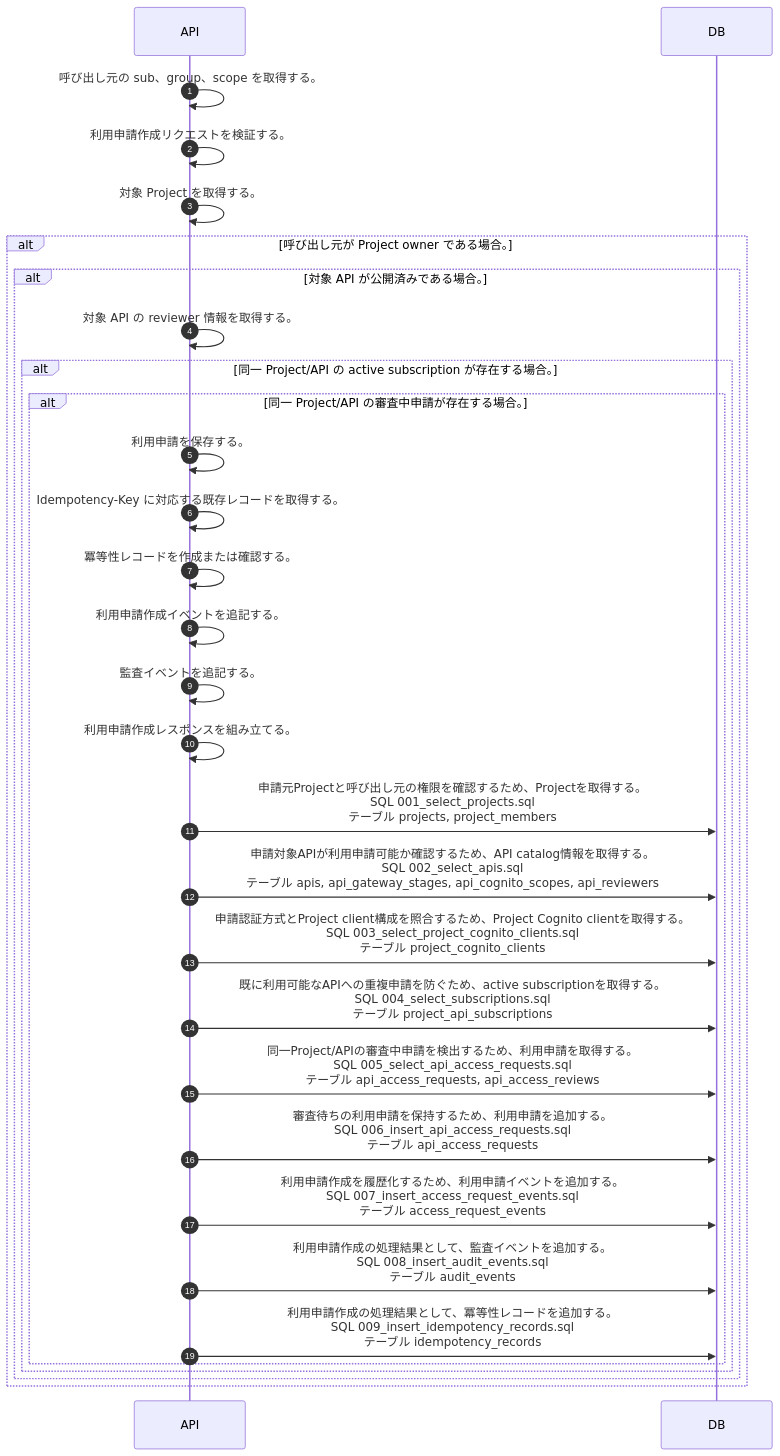
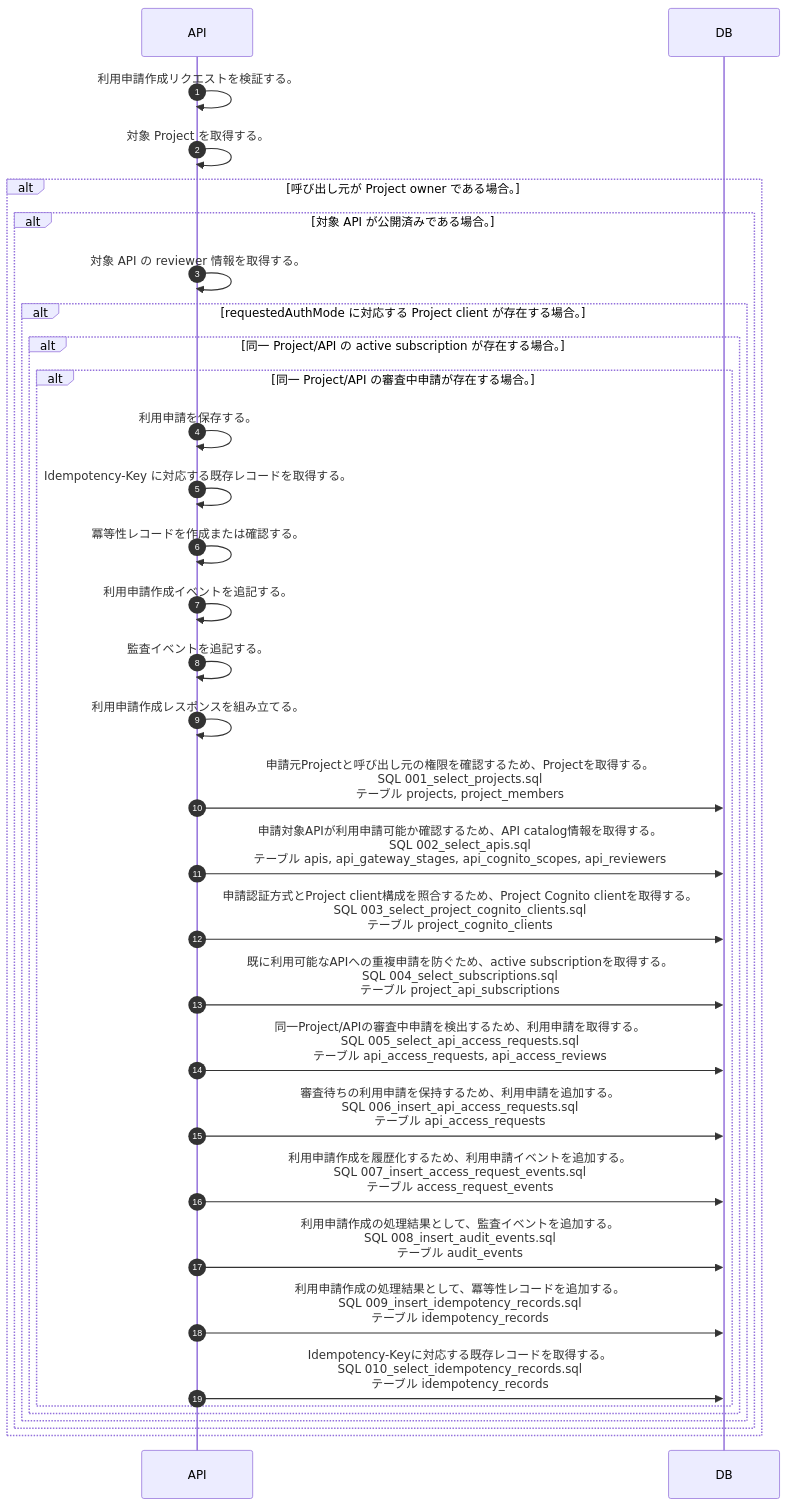
The diagram in docs/spec/40.apis/projects/create_api_access_request/sequence_gen.md (tsuji-tomonori/lazunex), drawn with Mermaid before and after one commit. The commit also changed 44 other files, not shown here.

````diff
--- a/docs/spec/40.apis/projects/create_api_access_request/sequence_gen.md
+++ b/docs/spec/40.apis/projects/create_api_access_request/sequence_gen.md
@@ -5,33 +5,35 @@
 ```mermaid
 sequenceDiagram
   autonumber
   participant API as API
   participant DB as DB
-  API->>API: 呼び出し元の sub、group、scope を取得する。
   API->>API: 利用申請作成リクエストを検証する。
   API->>API: 対象 Project を取得する。
   alt 呼び出し元が Project owner である場合。
     alt 対象 API が公開済みである場合。
       API->>API: 対象 API の reviewer 情報を取得する。
-      alt 同一 Project/API の active subscription が存在する場合。
-        alt 同一 Project/API の審査中申請が存在する場合。
-          API->>API: 利用申請を保存する。
-          API->>API: Idempotency-Key に対応する既存レコードを取得する。
-          API->>API: 冪等性レコードを作成または確認する。
-          API->>API: 利用申請作成イベントを追記する。
-          API->>API: 監査イベントを追記する。
-          API->>API: 利用申請作成レスポンスを組み立てる。
-          API->>DB: 申請元Projectと呼び出し元の権限を確認するため、Projectを取得する。<br/>SQL 001_select_projects.sql<br/>テーブル projects, project_members
-          API->>DB: 申請対象APIが利用申請可能か確認するため、API catalog情報を取得する。<br/>SQL 002_select_apis.sql<br/>テーブル apis, api_gateway_stages, api_cognito_scopes, api_reviewers
-          API->>DB: 申請認証方式とProject client構成を照合するため、Project Cognito clientを取得する。<br/>SQL 003_select_project_cognito_clients.sql<br/>テーブル project_cognito_clients
-          API->>DB: 既に利用可能なAPIへの重複申請を防ぐため、active subscriptionを取得する。<br/>SQL 004_select_subscriptions.sql<br/>テーブル project_api_subscriptions
-          API->>DB: 同一Project/APIの審査中申請を検出するため、利用申請を取得する。<br/>SQL 005_select_api_access_requests.sql<br/>テーブル api_access_requests, api_access_reviews
-          API->>DB: 審査待ちの利用申請を保持するため、利用申請を追加する。<br/>SQL 006_insert_api_access_requests.sql<br/>テーブル api_access_requests
-          API->>DB: 利用申請作成を履歴化するため、利用申請イベントを追加する。<br/>SQL 007_insert_access_request_events.sql<br/>テーブル access_request_events
-          API->>DB: 利用申請作成の処理結果として、監査イベントを追加する。<br/>SQL 008_insert_audit_events.sql<br/>テーブル audit_events
-          API->>DB: 利用申請作成の処理結果として、冪等性レコードを追加する。<br/>SQL 009_insert_idempotency_records.sql<br/>テーブル idempotency_records
+      alt requestedAuthMode に対応する Project client が存在する場合。
+        alt 同一 Project/API の active subscription が存在する場合。
+          alt 同一 Project/API の審査中申請が存在する場合。
+            API->>API: 利用申請を保存する。
+            API->>API: Idempotency-Key に対応する既存レコードを取得する。
+            API->>API: 冪等性レコードを作成または確認する。
+            API->>API: 利用申請作成イベントを追記する。
+            API->>API: 監査イベントを追記する。
+            API->>API: 利用申請作成レスポンスを組み立てる。
+            API->>DB: 申請元Projectと呼び出し元の権限を確認するため、Projectを取得する。<br/>SQL 001_select_projects.sql<br/>テーブル projects, project_members
+            API->>DB: 申請対象APIが利用申請可能か確認するため、API catalog情報を取得する。<br/>SQL 002_select_apis.sql<br/>テーブル apis, api_gateway_stages, api_cognito_scopes, api_reviewers
+            API->>DB: 申請認証方式とProject client構成を照合するため、Project Cognito clientを取得する。<br/>SQL 003_select_project_cognito_clients.sql<br/>テーブル project_cognito_clients
+            API->>DB: 既に利用可能なAPIへの重複申請を防ぐため、active subscriptionを取得する。<br/>SQL 004_select_subscriptions.sql<br/>テーブル project_api_subscriptions
+            API->>DB: 同一Project/APIの審査中申請を検出するため、利用申請を取得する。<br/>SQL 005_select_api_access_requests.sql<br/>テーブル api_access_requests, api_access_reviews
+            API->>DB: 審査待ちの利用申請を保持するため、利用申請を追加する。<br/>SQL 006_insert_api_access_requests.sql<br/>テーブル api_access_requests
+            API->>DB: 利用申請作成を履歴化するため、利用申請イベントを追加する。<br/>SQL 007_insert_access_request_events.sql<br/>テーブル access_request_events
+            API->>DB: 利用申請作成の処理結果として、監査イベントを追加する。<br/>SQL 008_insert_audit_events.sql<br/>テーブル audit_events
+            API->>DB: 利用申請作成の処理結果として、冪等性レコードを追加する。<br/>SQL 009_insert_idempotency_records.sql<br/>テーブル idempotency_records
+            API->>DB: Idempotency-Keyに対応する既存レコードを取得する。<br/>SQL 010_select_idempotency_records.sql<br/>テーブル idempotency_records
+          end
         end
       end
     end
   end
 ```
````
